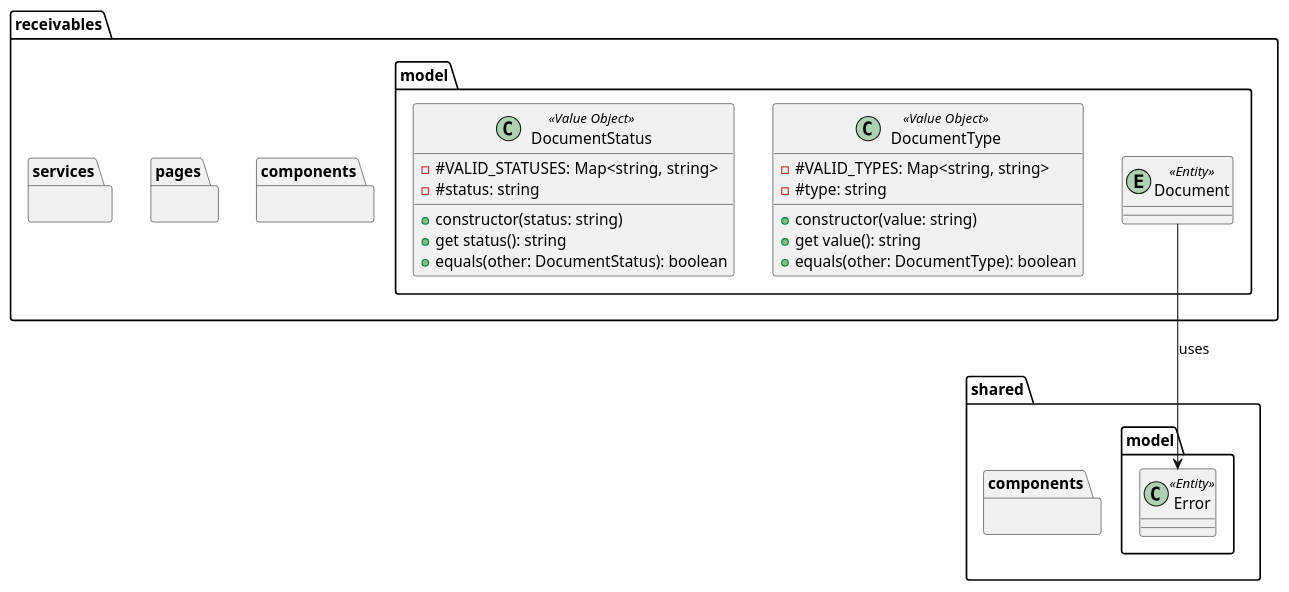
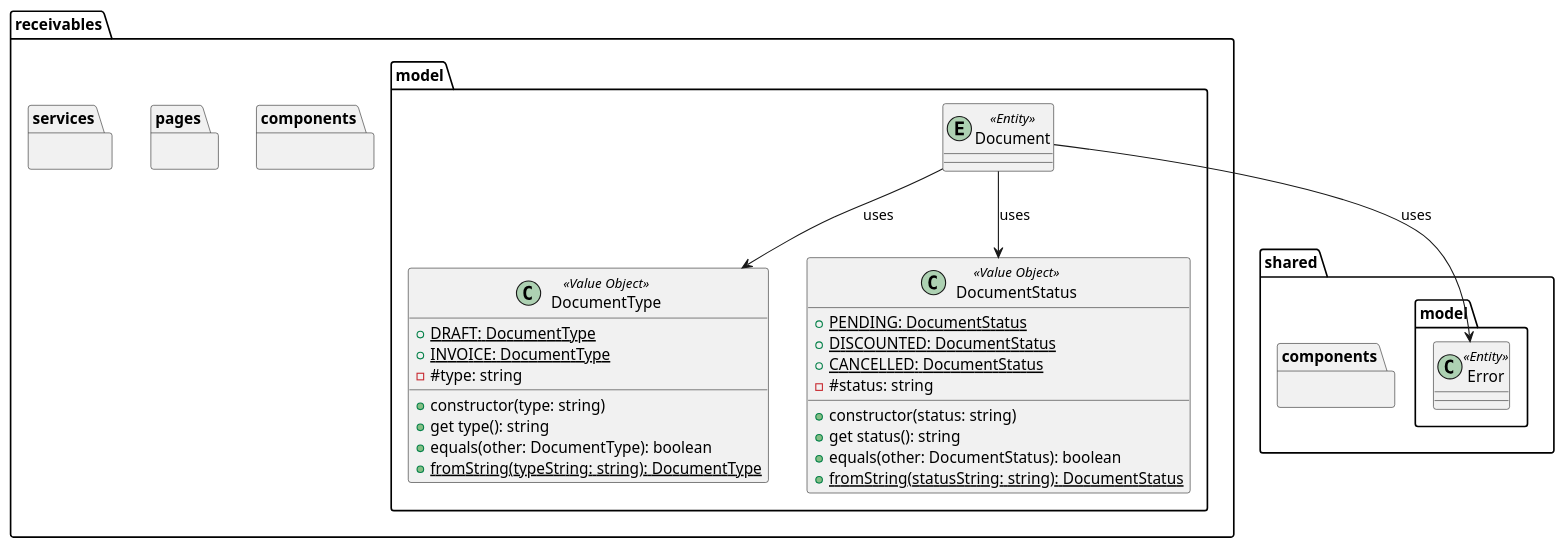
One commit to discuenta/discuenta-web changed the diagram in docs/class-diagram.puml. Above: the diagram before and after it, drawn with PlantUML.

Commit message:
docs: update class diagram for DocumentType and DocumentStatus with static values and relationships

```diff
--- a/docs/class-diagram.puml
+++ b/docs/class-diagram.puml
@@ -1,53 +1,60 @@
 @startuml Discuenta Class Diagram
 
 package "shared" {
    package "components" {
 
    }
 
    package "model" {
        class "Error" <<Entity>> {
 
        }
    }
 }
 
 package "receivables" {
     package "components" {
 
     }
 
     package "model" {
         entity "Document" <<Entity>> {
 
         }
 
         class "DocumentType" <<Value Object>> {
-            - #VALID_TYPES: Map<string, string>
+            + {static} DRAFT: DocumentType
+            + {static} INVOICE: DocumentType
             - #type: string
-            + constructor(value: string)
-            + get value(): string
+            + constructor(type: string)
+            + get type(): string
             + equals(other: DocumentType): boolean
+            + {static} fromString(typeString: string): DocumentType
         }
 
         class "DocumentStatus" <<Value Object>> {
-            - #VALID_STATUSES: Map<string, string>
+            + {static} PENDING: DocumentStatus
+            + {static} DISCOUNTED: DocumentStatus
+            + {static} CANCELLED: DocumentStatus
             - #status: string
             + constructor(status: string)
             + get status(): string
             + equals(other: DocumentStatus): boolean
+            + {static} fromString(statusString: string): DocumentStatus
         }
     }
 
     package "pages" {
 
     }
 
     package "services" {
 
     }
 }
 
 'Relationship
 receivables.model.Document --> shared.model.Error : uses
+receivables.model.Document --> receivables.model.DocumentType : uses
+receivables.model.Document --> receivables.model.DocumentStatus : uses
 @enduml
```
